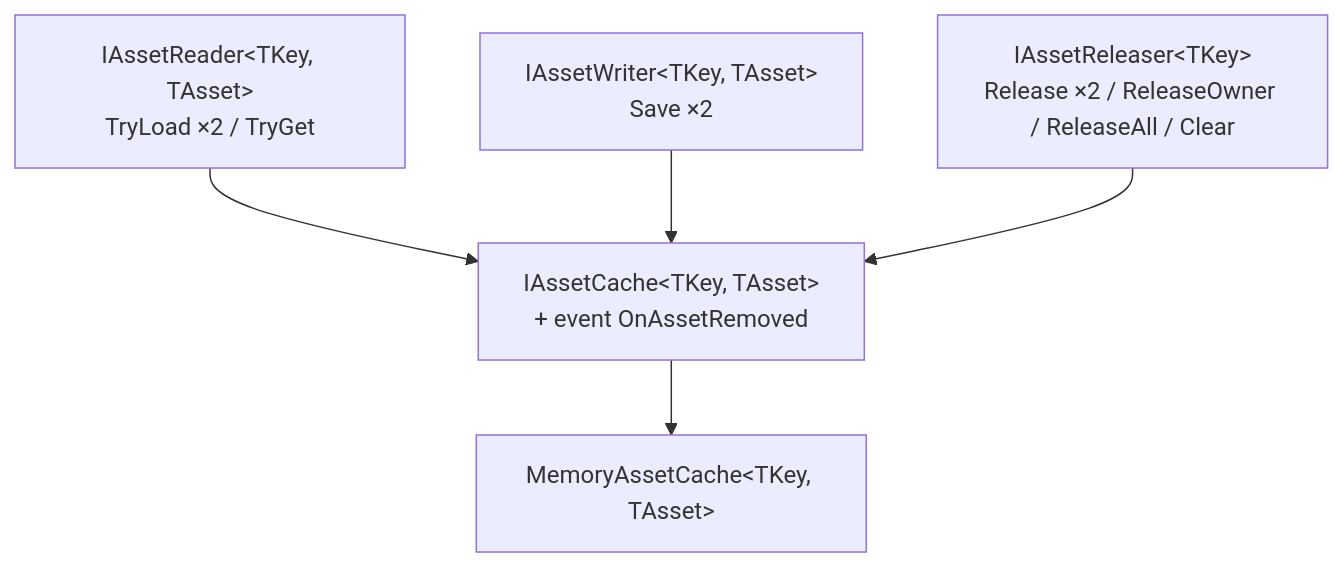
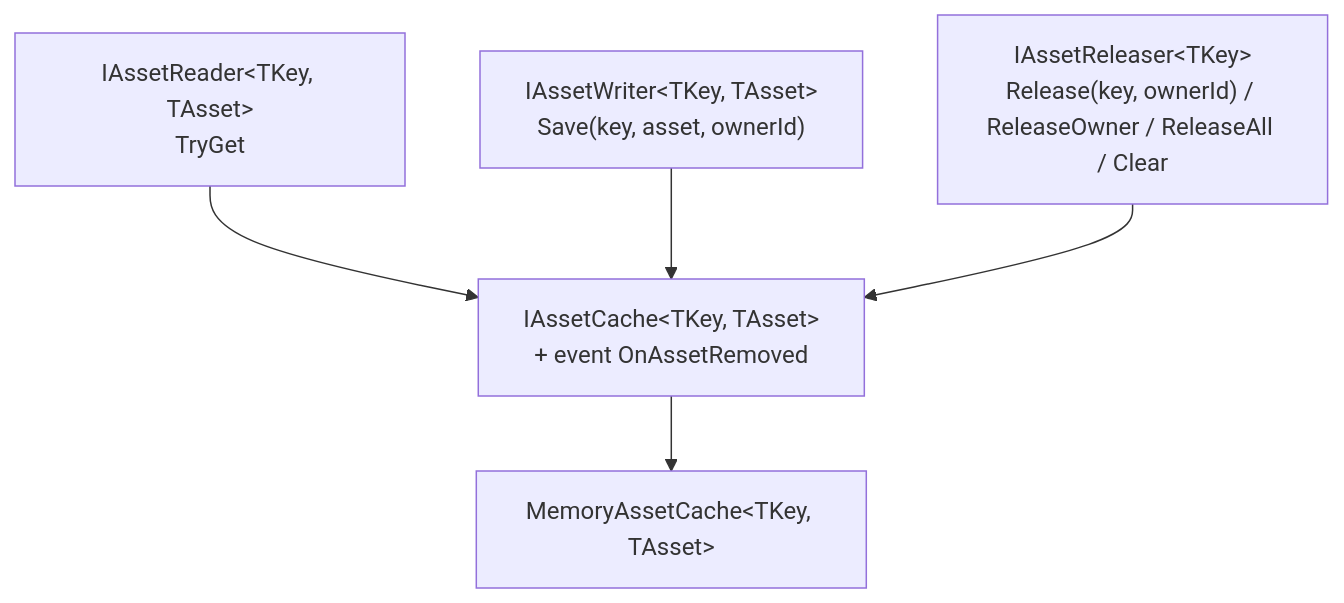
The first of 3 diagrams in HResource/docs/Cache.md (HoHong123/HCUP-Unity), drawn with Mermaid before and after one commit. The commit also changed other lines of this file, not shown here.

````diff
--- a/HResource/docs/Cache.md
+++ b/HResource/docs/Cache.md
@@ -19,13 +16,13 @@
 ```mermaid
 flowchart TD
-    R["IAssetReader&lt;TKey, TAsset&gt;<br/>TryLoad ×2 / TryGet"]
-    W["IAssetWriter&lt;TKey, TAsset&gt;<br/>Save ×2"]
-    D["IAssetReleaser&lt;TKey&gt;<br/>Release ×2 / ReleaseOwner / ReleaseAll / Clear"]
+    R["IAssetReader&lt;TKey, TAsset&gt;<br/>TryGet"]
+    W["IAssetWriter&lt;TKey, TAsset&gt;<br/>Save(key, asset, ownerId)"]
+    D["IAssetReleaser&lt;TKey&gt;<br/>Release(key, ownerId) / ReleaseOwner / ReleaseAll / Clear"]
     C["IAssetCache&lt;TKey, TAsset&gt;<br/>+ event OnAssetRemoved"]
     M["MemoryAssetCache&lt;TKey, TAsset&gt;"]
 
     R --> C
     W --> C
     D --> C
     C --> M
 ```
````
